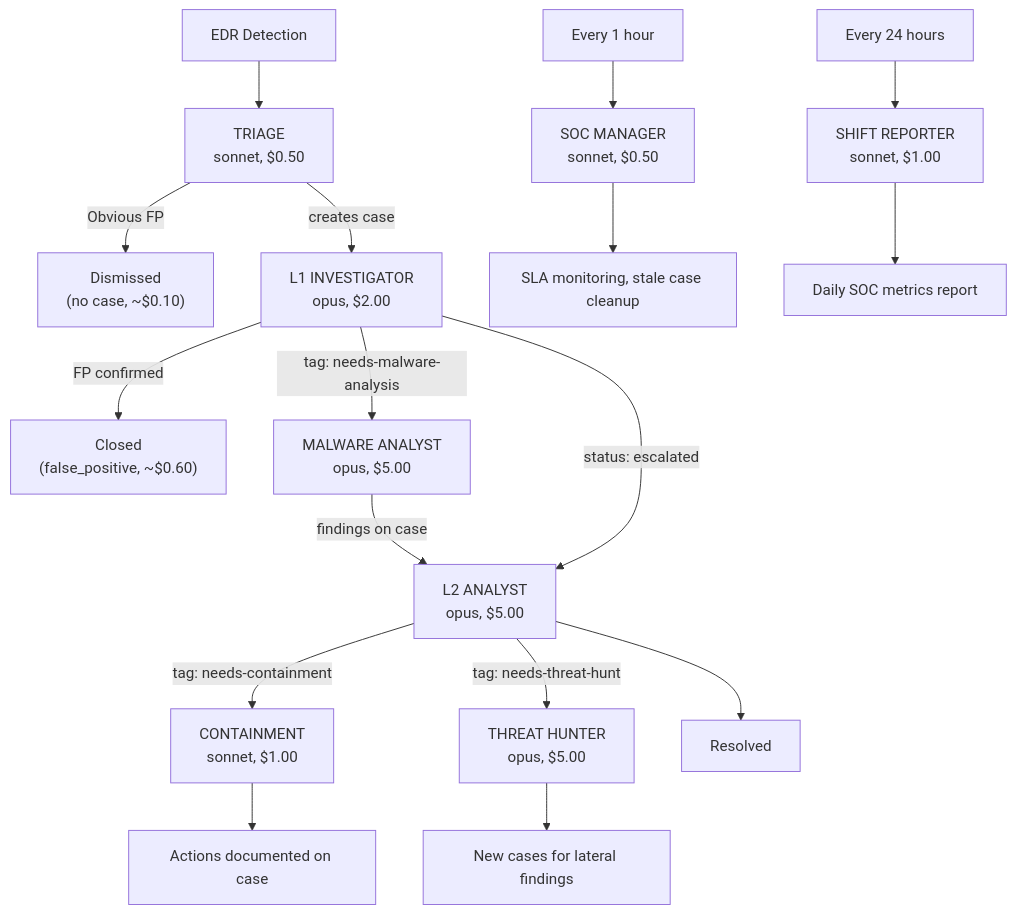
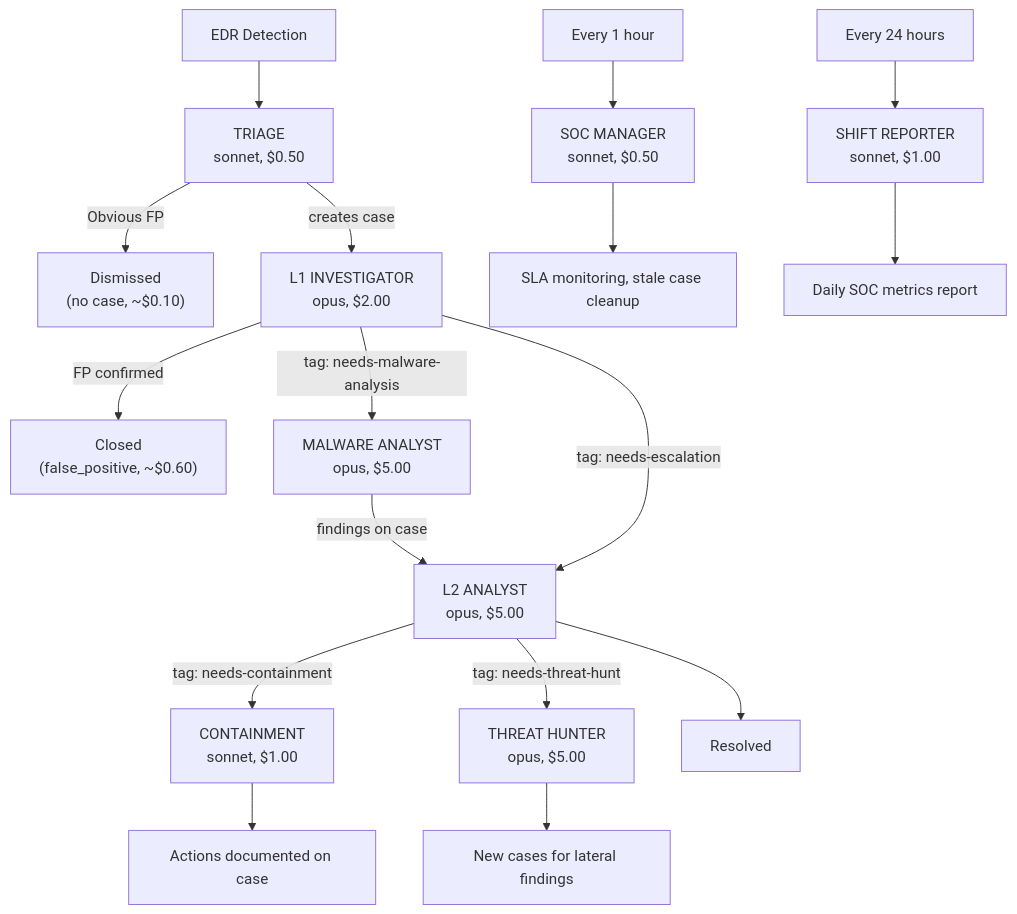
The diagram in lc-soc/tiered-soc/README.md (refractionPOINT/lc-ai), drawn with Mermaid before and after one commit. The commit also changed other lines of this file and 46 other files, not shown here.

First line of the commit message:
Fix case CLI flags and remove dead escalated status across all agents

````diff
--- a/lc-soc/tiered-soc/README.md
+++ b/lc-soc/tiered-soc/README.md
@@ -7,20 +7,20 @@
 ```mermaid
 flowchart TD
     det[EDR Detection] --> triage["TRIAGE<br/>sonnet, $0.50"]
     triage -->|Obvious FP| dismissed["Dismissed<br/>(no case, ~$0.10)"]
     triage -->|creates case| l1["L1 INVESTIGATOR<br/>opus, $2.00"]
     l1 -->|FP confirmed| closed["Closed<br/>(false_positive, ~$0.60)"]
     l1 -->|"tag: needs-malware-analysis"| malware["MALWARE ANALYST<br/>opus, $5.00"]
     malware -->|findings on case| l2
-    l1 -->|"status: escalated"| l2["L2 ANALYST<br/>opus, $5.00"]
+    l1 -->|"tag: needs-escalation"| l2["L2 ANALYST<br/>opus, $5.00"]
     l2 -->|"tag: needs-containment"| containment["CONTAINMENT<br/>sonnet, $1.00"]
     l2 -->|"tag: needs-threat-hunt"| hunter["THREAT HUNTER<br/>opus, $5.00"]
     l2 --> resolved[Resolved]
     containment --> containActions[Actions documented on case]
     hunter --> newCases[New cases for lateral findings]
 
     schedule1["Every 1 hour"] --> socmgr["SOC MANAGER<br/>sonnet, $0.50"]
     socmgr --> sla[SLA monitoring, stale case cleanup]
     schedule2["Every 24 hours"] --> shift["SHIFT REPORTER<br/>sonnet, $1.00"]
     shift --> daily[Daily SOC metrics report]
 ```
````
